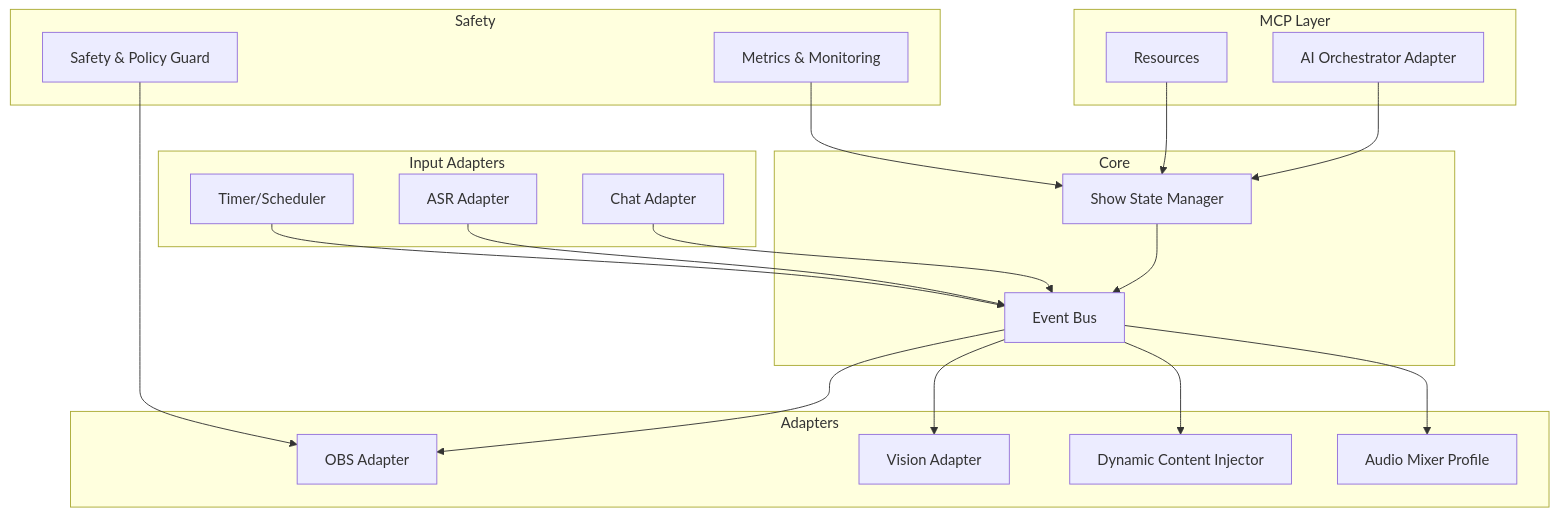
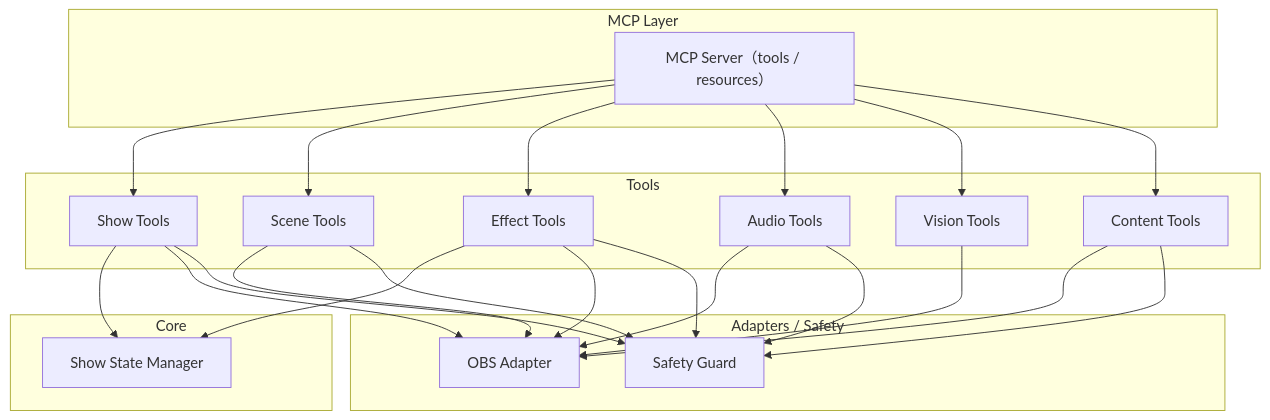
One commit to msageha/obs-showrunner-mcp changed the first of 2 diagrams in docs/SPEC.md. Above: the diagram before and after it, drawn with Mermaid. The commit also changed other lines of this file and 19 other files, not shown here.

````diff
--- a/docs/SPEC.md
+++ b/docs/SPEC.md
@@ -70,43 +70,44 @@
 ```mermaid
 graph TB
     subgraph "MCP Layer"
-        AI[AI Orchestrator Adapter]
-        RES[Resources]
+        SRV[MCP Server（tools / resources）]
     end
-    
+
     subgraph "Core"
         SSM[Show State Manager]
-        EB[Event Bus]
     end
-    
-    subgraph "Adapters"
+
+    subgraph "Tools"
+        SHOW[Show Tools]
+        SCN[Scene Tools]
+        EFX[Effect Tools]
+        AUD[Audio Tools]
+        VIS[Vision Tools]
+        CNT[Content Tools]
+    end
+
+    subgraph "Adapters / Safety"
         OBS[OBS Adapter]
-        VIS[Vision Adapter]
-        DCI[Dynamic Content Injector]
-        AMP[Audio Mixer Profile]
+        SPG[Safety Guard]
     end
-    
-    subgraph "Input Adapters"
-        CHAT[Chat Adapter]
-        ASR[ASR Adapter]
-        TMR[Timer/Scheduler]
-    end
-    
-    subgraph "Safety"
-        SPG[Safety & Policy Guard]
-        MON[Metrics & Monitoring]
-    end
-    
-    AI --> SSM
-    RES --> SSM
-    SSM --> EB
-    EB --> OBS
-    EB --> VIS
-    EB --> DCI
-    EB --> AMP
-    CHAT --> EB
-    ASR --> EB
-    TMR --> EB
-    SPG --> OBS
-    MON --> SSM
+
+    SRV --> SHOW
+    SRV --> SCN
+    SRV --> EFX
+    SRV --> AUD
+    SRV --> VIS
+    SRV --> CNT
+    SHOW --> SSM
+    EFX --> SSM
+    SHOW --> OBS
+    SCN --> OBS
+    EFX --> OBS
+    AUD --> OBS
+    VIS --> OBS
+    CNT --> OBS
+    SHOW --> SPG
+    SCN --> SPG
+    EFX --> SPG
+    AUD --> SPG
+    CNT --> SPG
 ```
````
